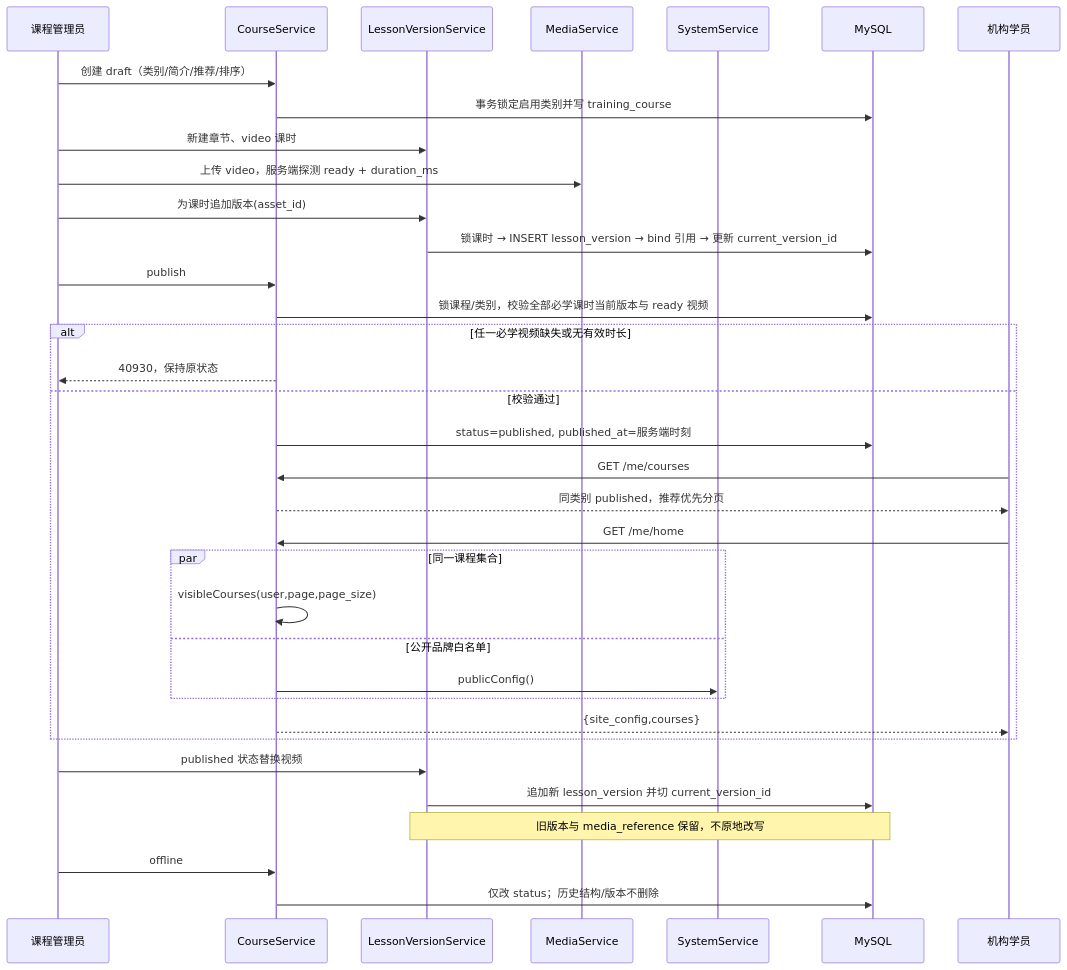
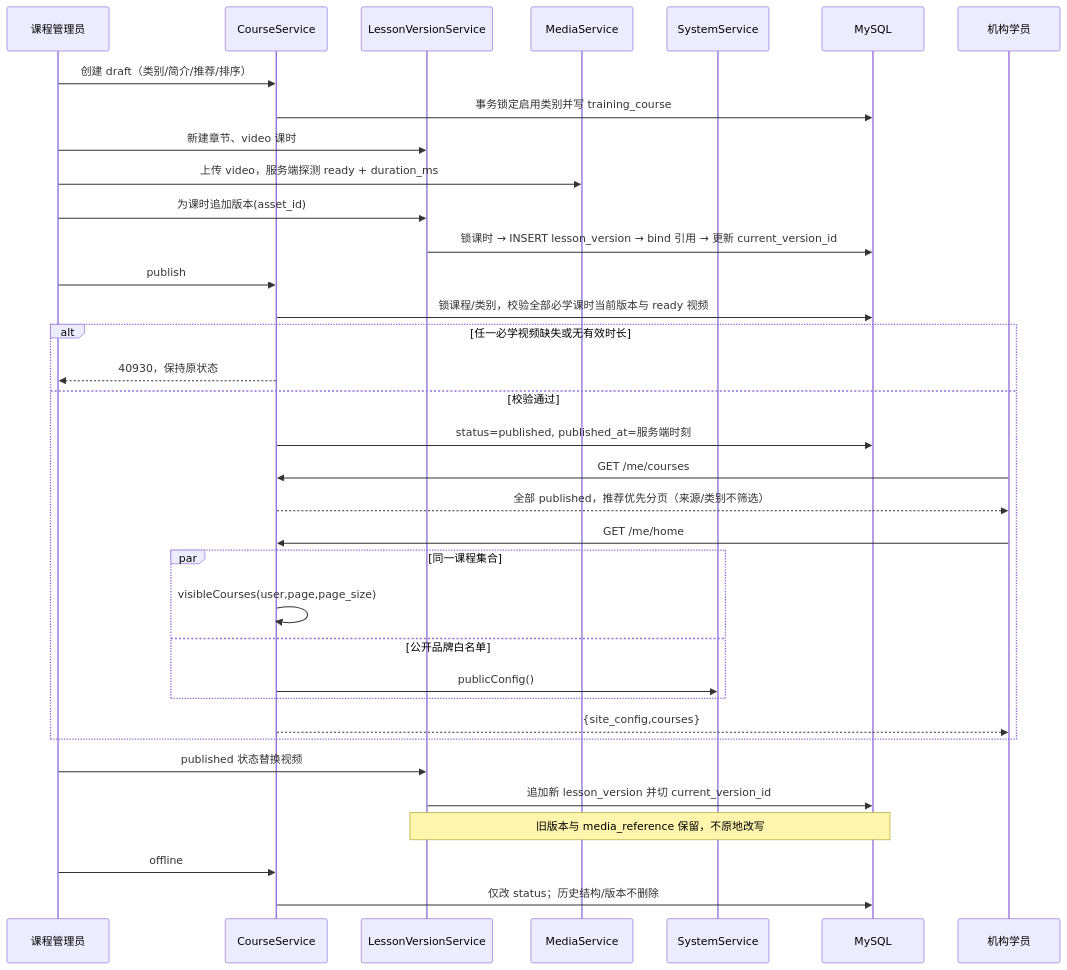
The third of 23 diagrams in docs/design/06-关键流程.md (caoguanjie/emodor-exam), drawn with Mermaid before and after one commit. The commit also changed other lines of this file and 302 other files, not shown here.

````diff
--- a/docs/design/06-关键流程.md
+++ b/docs/design/06-关键流程.md
@@ -172,38 +172,38 @@
 ```mermaid
 sequenceDiagram
     participant Admin as 课程管理员
     participant Course as CourseService
     participant Version as LessonVersionService
     participant Media as MediaService
     participant System as SystemService
     participant DB as MySQL
     participant Learner as 机构学员
 
     Admin->>Course: 创建 draft（类别/简介/推荐/排序）
     Course->>DB: 事务锁定启用类别并写 training_course
     Admin->>Version: 新建章节、video 课时
     Admin->>Media: 上传 video，服务端探测 ready + duration_ms
     Admin->>Version: 为课时追加版本(asset_id)
     Version->>DB: 锁课时 → INSERT lesson_version → bind 引用 → 更新 current_version_id
     Admin->>Course: publish
     Course->>DB: 锁课程/类别，校验全部必学课时当前版本与 ready 视频
     alt 任一必学视频缺失或无有效时长
         Course-->>Admin: 40930，保持原状态
     else 校验通过
         Course->>DB: status=published, published_at=服务端时刻
         Learner->>Course: GET /me/courses
-        Course-->>Learner: 同类别 published，推荐优先分页
+        Course-->>Learner: 全部 published，推荐优先分页（来源/类别不筛选）
         Learner->>Course: GET /me/home
         par 同一课程集合
             Course->>Course: visibleCourses(user,page,page_size)
         and 公开品牌白名单
             Course->>System: publicConfig()
         end
         Course-->>Learner: {site_config,courses}
     end
     Admin->>Version: published 状态替换视频
     Version->>DB: 追加新 lesson_version 并切 current_version_id
     Note over Version,DB: 旧版本与 media_reference 保留，不原地改写
     Admin->>Course: offline
     Course->>DB: 仅改 status；历史结构/版本不删除
 ```
````
